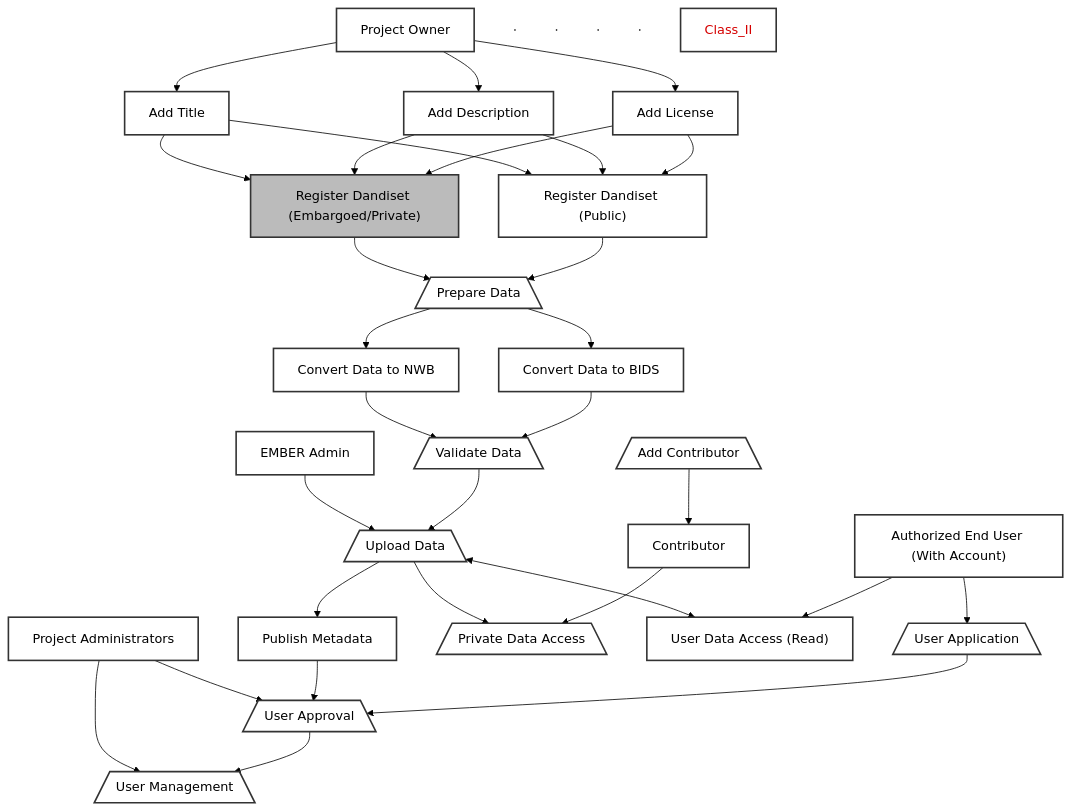
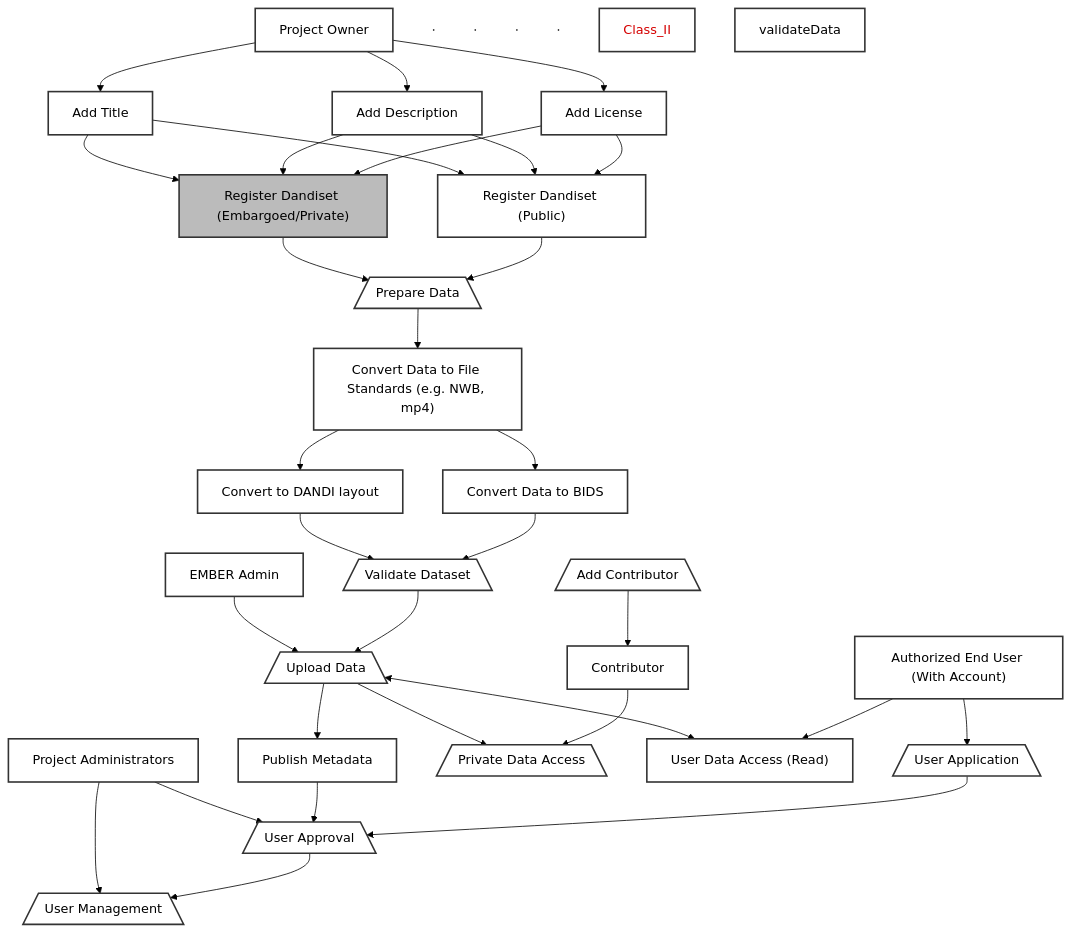
Before and after one commit to aplbrain/BBQS-EMBER-Data-Model: the diagram in EMBER_Classes/design/class_II.mmd, drawn with Mermaid (forest theme).

Commit message:
Update class_II.mmd: Could be DANDI or BIDS layout ATM
NWB is a file format, so we typically get NWB files and/or videos etc and then rename them and potentially extract metadata and layout. ATM for DANDI could be its home brewed BIDS-like DANDI layout or proper BIDS.

```diff
--- a/EMBER_Classes/design/class_II.mmd
+++ b/EMBER_Classes/design/class_II.mmd
@@ -1,41 +1,50 @@
 ---
 config:
-  layout: fixed
+  layout: dagre
 ---
 flowchart TB
     addContributor["Add Contributor"] --> contributor["Contributor"]
-    projectowner["Project Owner"] --> addTitle["Add Title"] & addDescription["Add Description"] & addLicense["Add License"] 
-    addRegistrationPublic["Register Dandiset (Public)"] & addRegistrationPrivate["Register Dandiset (Embargoed/Private)"] 
-    addRegistrationPrivate & addRegistrationPublic--> prepareData["Prepare Data"]
-    addTitle["Add Title"] & addDescription["Add Description"] & addLicense["Add License"] -->  addRegistrationPublic & addRegistrationPrivate 
-    prepareData --> convertNWB["Convert Data to NWB"] & convertBIDS["Convert Data to BIDS"]
-    convertNWB["Convert Data to NWB"] & convertBIDS["Convert Data to BIDS"]--> validateData["Validate Data"]
+    projectowner["Project Owner"] --> addTitle["Add Title"] & addDescription["Add Description"] & addLicense["Add License"]
+    addRegistrationPrivate["Register Dandiset (Embargoed/Private)"] --> prepareData["Prepare Data"]
+    addRegistrationPublic["Register Dandiset (Public)"] --> prepareData
+    addTitle --> addRegistrationPublic & addRegistrationPrivate
+    addDescription --> addRegistrationPublic & addRegistrationPrivate
+    addLicense --> addRegistrationPublic & addRegistrationPrivate
+    prepareData --> convertFileStandards["Convert Data to File Standards (e.g. NWB, mp4)"]
+    convertFileStandards --> convertBIDS["Convert Data to BIDS"] & convertDANDI["Convert to DANDI layout"]
+    convertDANDI --> validateDataset
+    convertBIDS --> validateDataset
     projectAdmin["Project Administrators"] --> userApproval["User Approval"] & userManagement["User Management"]
     emberadmin["EMBER Admin"] --> uploadData["Upload Data"]
     uploadData --> publishMetadata["Publish Metadata"] & privateDataAccess["Private Data Access"]
     publishMetadata --> userApproval
     userApproval --> userManagement
     uploadData <--> Userdataaccess["User Data Access (Read)"]
     authorizedEndUser["Authorized End User (With Account)"] --> userApplication["User Application"] & Userdataaccess
     userApplication --> userApproval
     contributor --> privateDataAccess
-    validateData --> uploadData
+    validateDataset["Validate Dataset"] --> uploadData
+    n1["n1"]
+    n2["n2"]
+    n3["n3"]
+    n4["n4"]
+    Class_II["Class_II"]
     addContributor@{ shape: trap-b}
+    prepareData@{ shape: trap-b}
+    validateDataset@{ shape: trap-b}
     userApproval@{ shape: trap-b}
     userManagement@{ shape: trap-b}
-    prepareData@{ shape: trap-b}
     uploadData@{ shape: trap-b}
     privateDataAccess@{ shape: trap-b}
     userApplication@{ shape: trap-b}
-    validateData@{ shape: trap-b}
     n1@{ shape: anchor}
     n2@{ shape: anchor}
     n3@{ shape: anchor}
     n4@{ shape: anchor}
+     addRegistrationPrivate:::optional
      prepareData:::role
+     validateData:::role
      privateDataAccess:::role
-    addRegistrationPrivate:::optional
-     validateData:::role
     classDef default fill:#fff,stroke:#333,stroke-width:2px
     classDef optional fill:#bbb,stroke:#333,stroke-width:2px
     style Class_II color:#D50000
```
